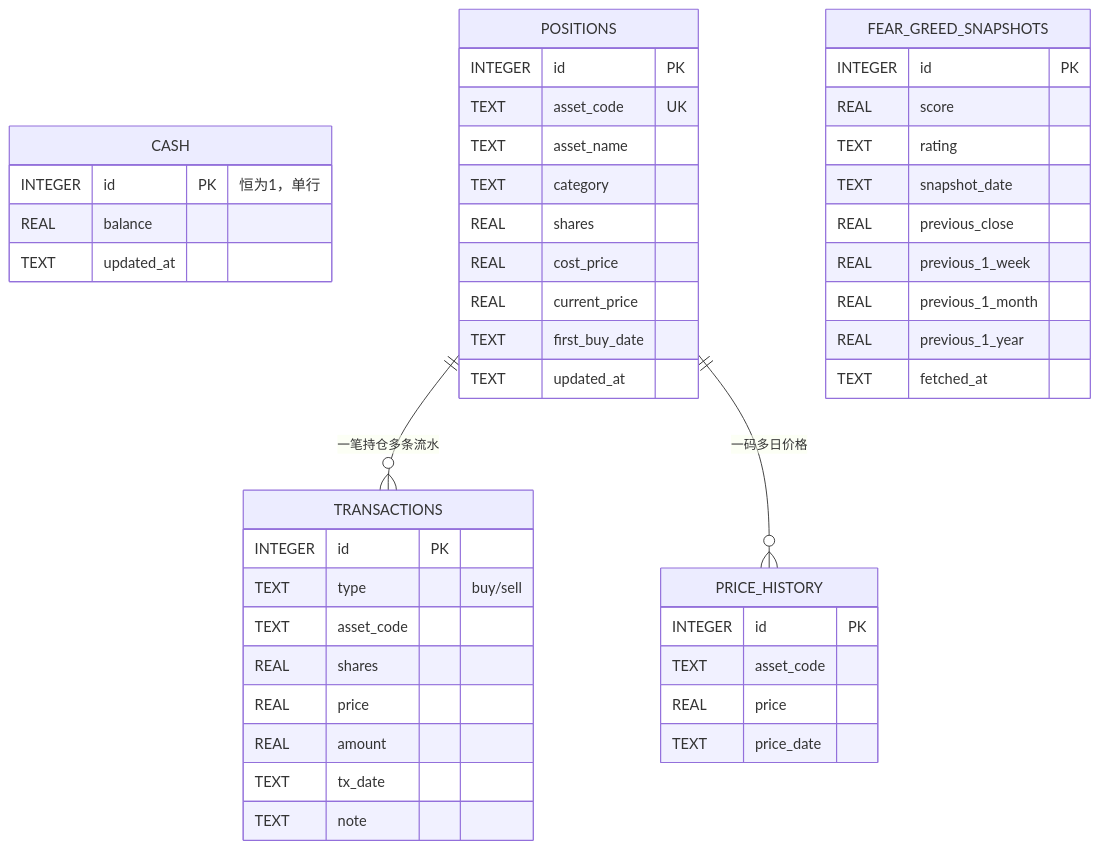
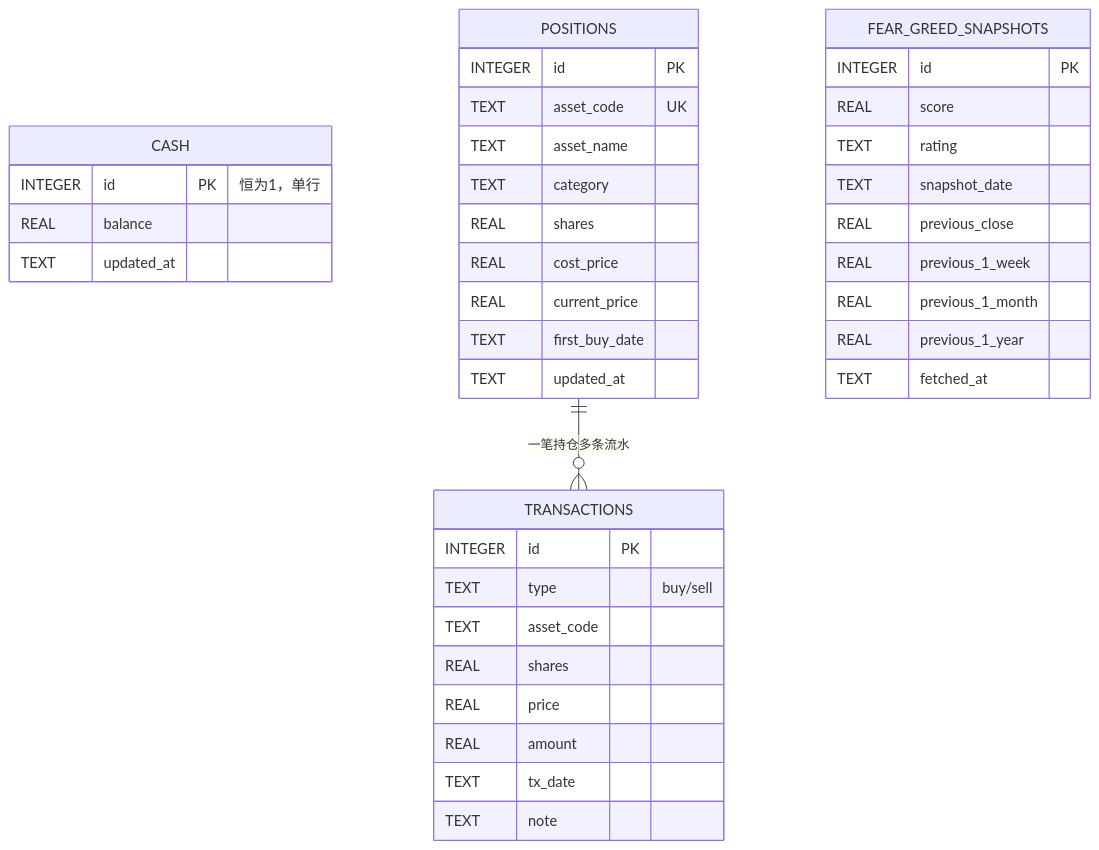
The diagram in .terrain/human/6.数据库概览.md (sopaco/money-never-sleep), drawn with Mermaid before and after one commit. The commit also changed other lines of this file and 27 other files, not shown here.

````diff
--- a/.terrain/human/6.数据库概览.md
+++ b/.terrain/human/6.数据库概览.md
@@ -24,48 +24,41 @@
 ```mermaid
 erDiagram
     CASH {
         INTEGER id PK "恒为1，单行"
         REAL balance
         TEXT updated_at
     }
     POSITIONS {
         INTEGER id PK
         TEXT asset_code UK
         TEXT asset_name
         TEXT category
         REAL shares
         REAL cost_price
         REAL current_price
         TEXT first_buy_date
         TEXT updated_at
     }
     TRANSACTIONS {
         INTEGER id PK
         TEXT type "buy/sell"
         TEXT asset_code
         REAL shares
         REAL price
         REAL amount
         TEXT tx_date
         TEXT note
     }
-    PRICE_HISTORY {
-        INTEGER id PK
-        TEXT asset_code
-        REAL price
-        TEXT price_date
-    }
     FEAR_GREED_SNAPSHOTS {
         INTEGER id PK
         REAL score
         TEXT rating
         TEXT snapshot_date
         REAL previous_close
         REAL previous_1_week
         REAL previous_1_month
         REAL previous_1_year
         TEXT fetched_at
     }
     POSITIONS ||--o{ TRANSACTIONS : "一笔持仓多条流水"
-    POSITIONS ||--o{ PRICE_HISTORY : "一码多日价格"
 ```
````
